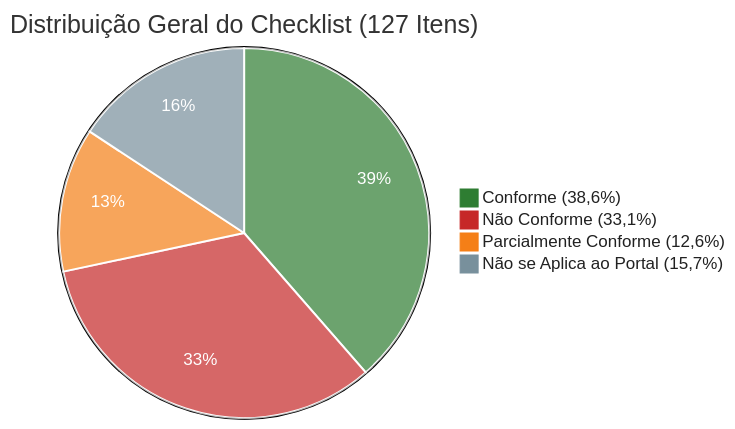
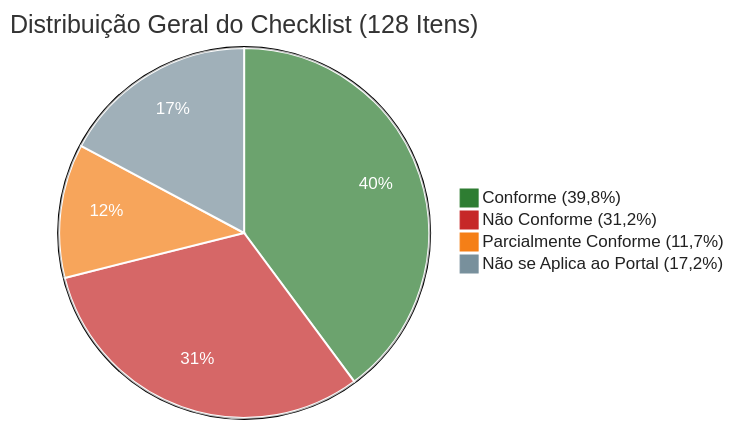
One commit to UnB-IHC/IHC_2026.2_Grupo03 changed the first of 6 diagrams in ANALISE_DADOS_ACESSIBILIDADE.md. Above: the diagram before and after it, drawn with Mermaid. The commit also changed other lines of this file and 3 other files, not shown here.

````diff
--- a/ANALISE_DADOS_ACESSIBILIDADE.md
+++ b/ANALISE_DADOS_ACESSIBILIDADE.md
@@ -16,8 +16,8 @@
 ```mermaid
 %%{init: {'theme': 'base', 'themeVariables': { 'pie1': '#2e7d32', 'pie2': '#c62828', 'pie3': '#f57f17', 'pie4': '#78909c', 'pieSectionTextColor': '#ffffff', 'pieLegendTextColor': '#212121', 'pieStrokeColor': '#ffffff', 'pieStrokeWidth': '2px'}}}%%
-pie title Distribuição Geral do Checklist (127 Itens)
-    "Conforme (38,6%)" : 49
-    "Não Conforme (33,1%)" : 42
-    "Parcialmente Conforme (12,6%)" : 16
-    "Não se Aplica ao Portal (15,7%)" : 20
+pie title Distribuição Geral do Checklist (128 Itens)
+    "Conforme (39,8%)" : 51
+    "Não Conforme (31,2%)" : 40
+    "Parcialmente Conforme (11,7%)" : 15
+    "Não se Aplica ao Portal (17,2%)" : 22
 ```
````
